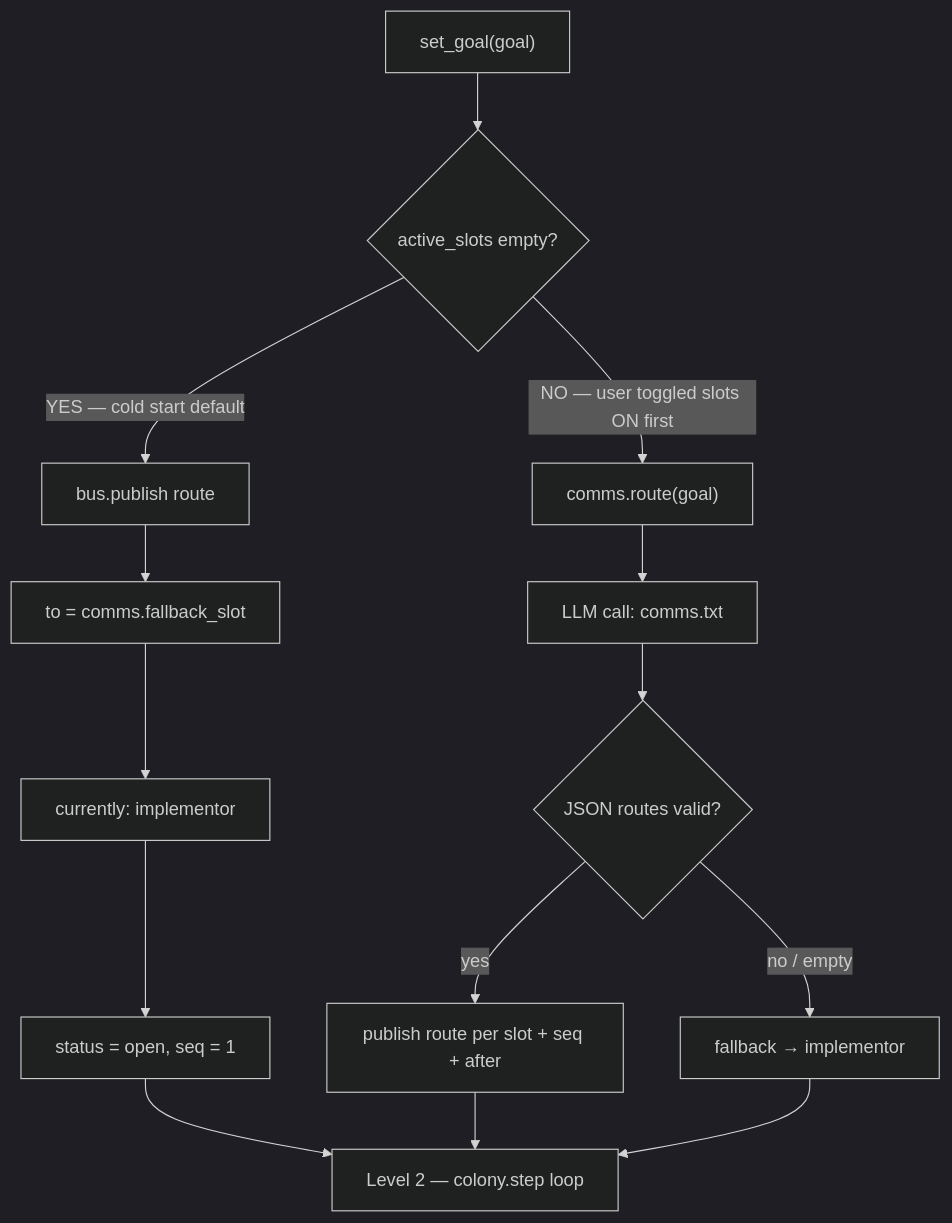
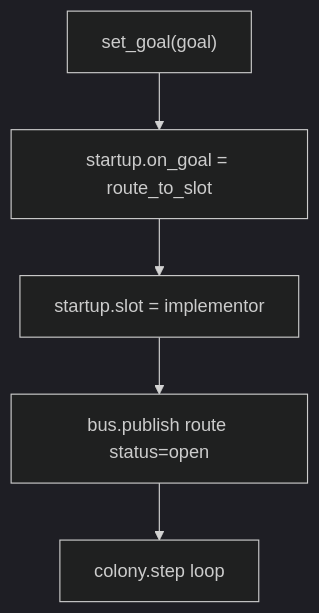
The second of 11 diagrams in README.md (wgabrys88/endgame-ai), drawn with Mermaid (dark theme) before and after one commit. The commit also changed other lines of this file and 11 other files, not shown here.

````diff
--- a/README.md
+++ b/README.md
@@ -67,16 +75,7 @@
 ```mermaid
 flowchart TD
-    G["set_goal(goal)"] --> Q{"active_slots empty?"}
-    Q -->|YES — cold start default| R["bus.publish route"]
-    R --> R1["to = comms.fallback_slot"]
-    R1 --> R2["currently: implementor"]
-    R2 --> R3["status = open, seq = 1"]
-    R3 --> S["Level 2 — colony.step loop"]
-    Q -->|NO — user toggled slots ON first| C["comms.route(goal)"]
-    C --> C1["LLM call: comms.txt"]
-    C1 --> C2{"JSON routes valid?"}
-    C2 -->|yes| C3["publish route per slot + seq + after"]
-    C2 -->|no / empty| C4["fallback → implementor"]
-    C3 --> S
-    C4 --> S
+    G["set_goal(goal)"] --> R["startup.on_goal = route_to_slot"]
+    R --> R1["startup.slot = implementor"]
+    R1 --> R2["bus.publish route status=open"]
+    R2 --> S["colony.step loop"]
 ```
````
